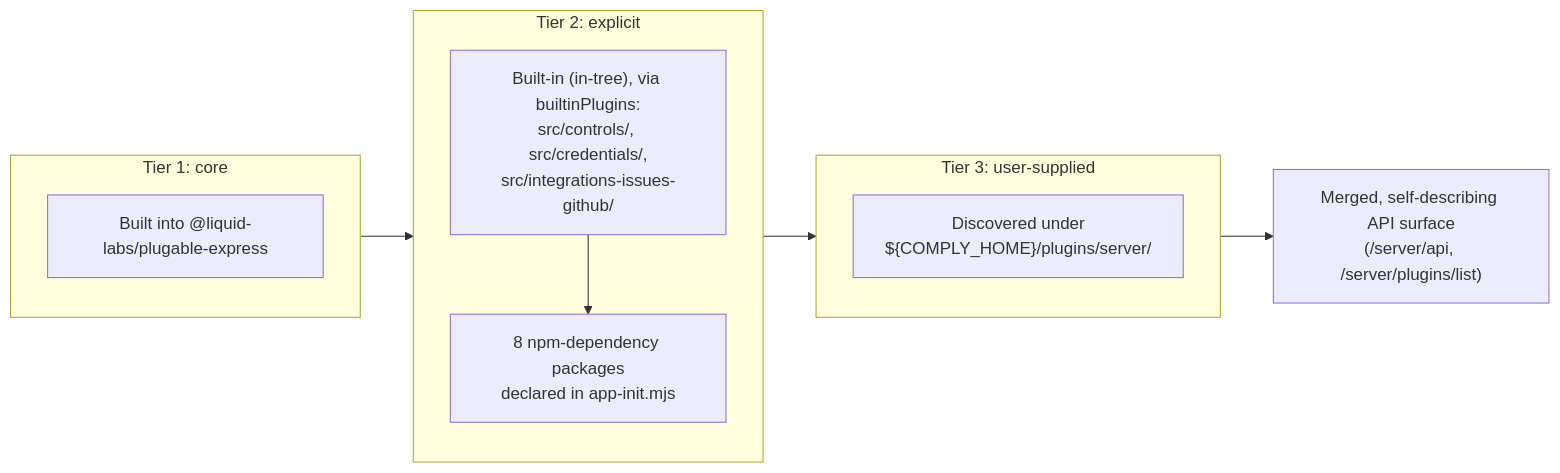
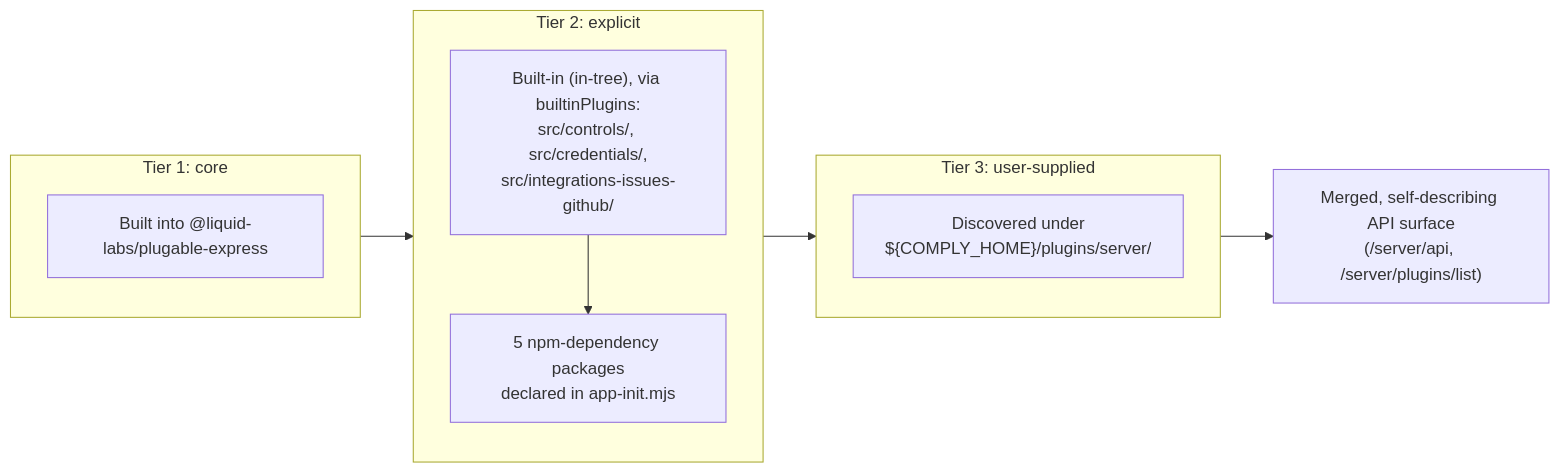
Before and after one commit to sdlcforge/core-server: the diagram in docs/architecture/plugin-loading-tiers.md, drawn with Mermaid. The commit also changed other lines of this file and 5 other files, not shown here.

Commit message:
wip(dev-core-migration): update architecture docs and working-notes tier for dev-core swap

````diff
--- a/docs/architecture/plugin-loading-tiers.md
+++ b/docs/architecture/plugin-loading-tiers.md
@@ -22,18 +22,18 @@
 ```mermaid
 flowchart LR
     subgraph T1["Tier 1: core"]
         direction TB
         A["Built into @liquid-labs/plugable-express"]
     end
     subgraph T2["Tier 2: explicit"]
         direction TB
         BI["Built-in (in-tree), via builtinPlugins:<br/>src/controls/, src/credentials/,<br/>src/integrations-issues-github/"]
-        B["8 npm-dependency packages<br/>declared in app-init.mjs"]
+        B["5 npm-dependency packages<br/>declared in app-init.mjs"]
         BI --> B
     end
     subgraph T3["Tier 3: user-supplied"]
         direction TB
         C["Discovered under<br/>${COMPLY_HOME}/plugins/server/"]
     end
     T1 --> T2 --> T3 --> API["Merged, self-describing API surface<br/>(/server/api, /server/plugins/list)"]
 ```
````
